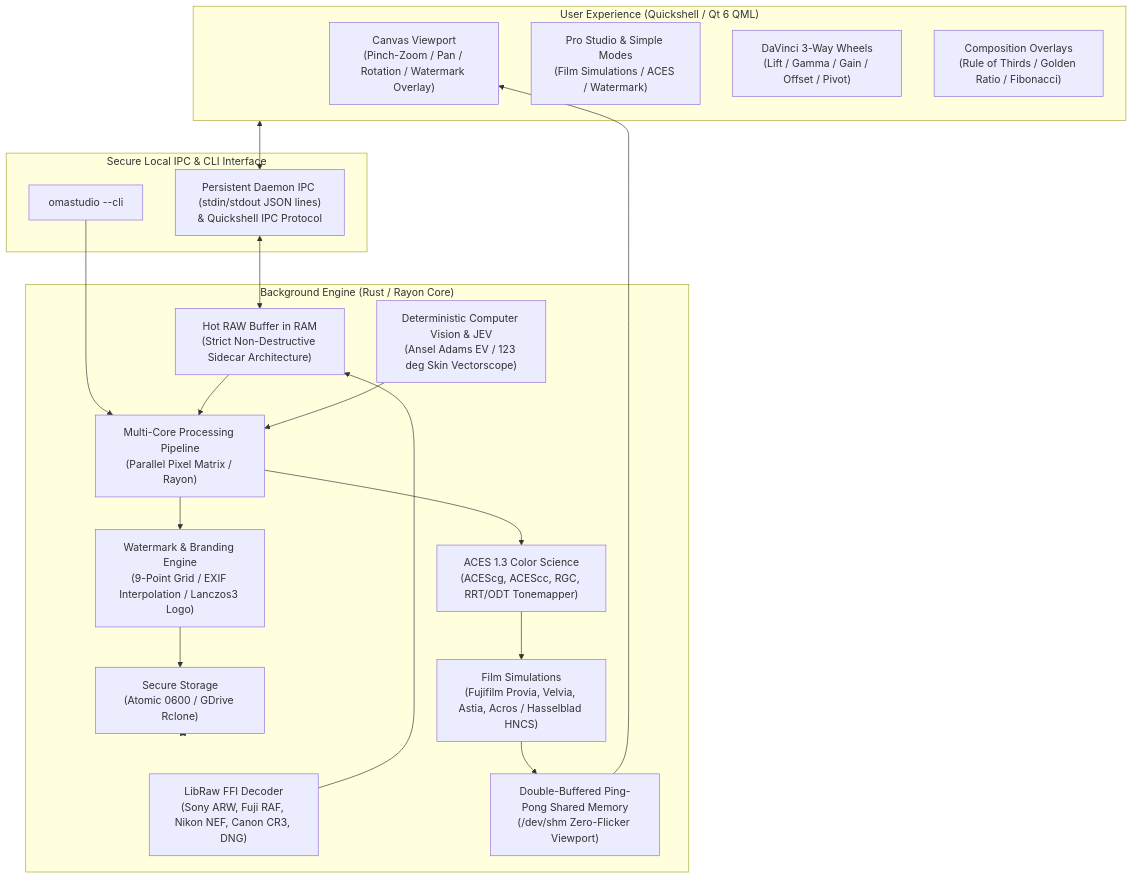
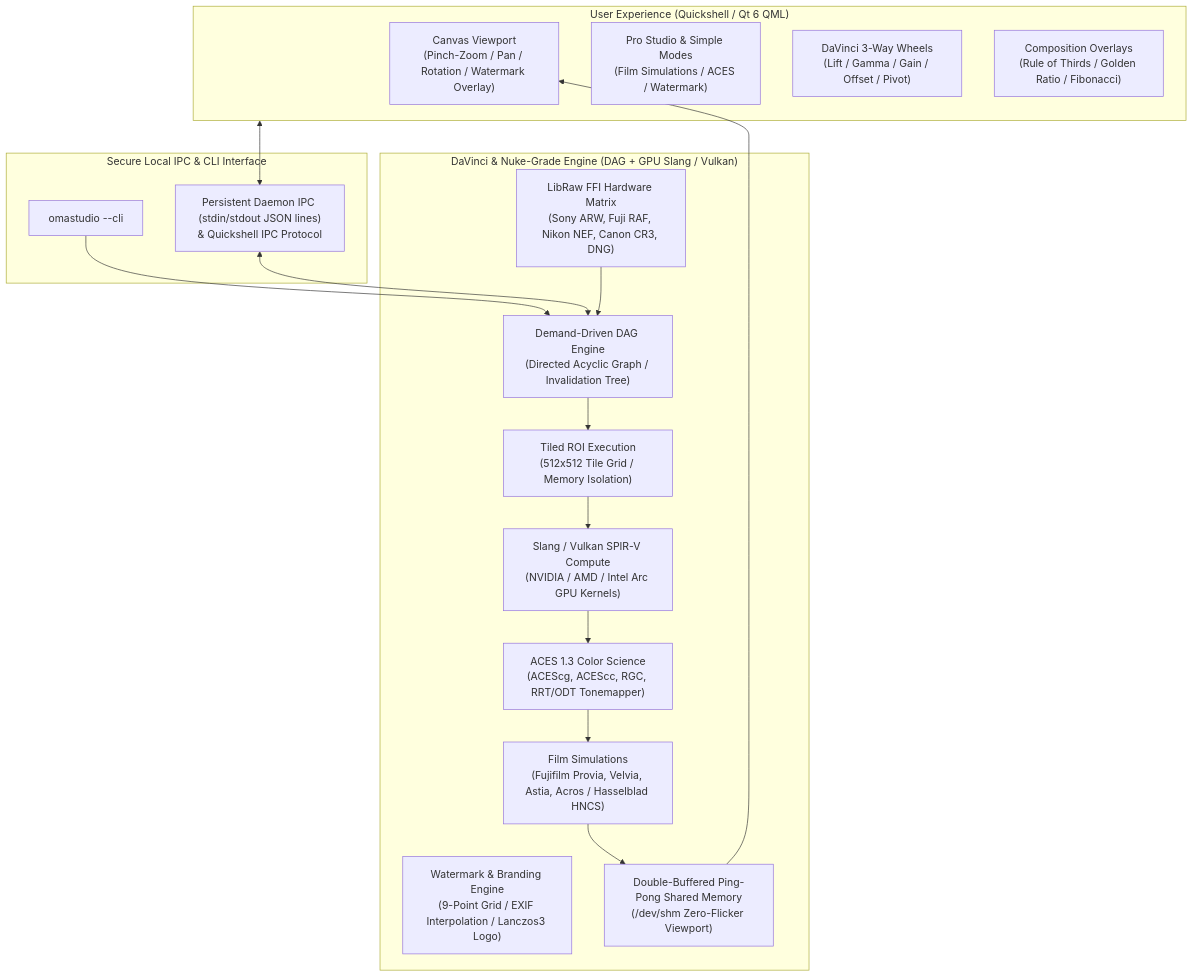
Before and after one commit to ozdil/omarchy-omastudio: the first of 2 diagrams in README.md, drawn with Mermaid. The commit also changed other lines of this file and 14 other files, not shown here.

First line of the commit message:
feat(arch): release OmaStudio v2.0.0 with DaVinci/Nuke-grade DAG, Tiled ROI & Slang/Vulkan GPU architecture

````diff
--- a/README.md
+++ b/README.md
@@ -27,40 +27,36 @@
 ```mermaid
 graph TD
     subgraph UI [" User Experience (Quickshell / Qt 6 QML)"]
         Viewport["Canvas Viewport<br/>(Pinch-Zoom / Pan / Rotation / Watermark Overlay)"]
         Inspector["Pro Studio & Simple Modes<br/>(Film Simulations / ACES / Watermark)"]
         Wheels["DaVinci 3-Way Wheels<br/>(Lift / Gamma / Gain / Offset / Pivot)"]
         CropTool["Composition Overlays<br/>(Rule of Thirds / Golden Ratio / Fibonacci)"]
     end
 
     subgraph IPC [" Secure Local IPC & CLI Interface"]
         CLI["omastudio --cli"]
         Sock["Persistent Daemon IPC (stdin/stdout JSON lines)<br/>& Quickshell IPC Protocol"]
     end
 
-    subgraph Engine [" Background Engine (Rust / Rayon Core)"]
-        Decoders["LibRaw FFI Decoder<br/>(Sony ARW, Fuji RAF, Nikon NEF, Canon CR3, DNG)"]
-        RAMCache["Hot RAW Buffer in RAM<br/>(Strict Non-Destructive Sidecar Architecture)"]
-        Pipeline["Multi-Core Processing Pipeline<br/>(Parallel Pixel Matrix / Rayon)"]
+    subgraph Engine [" DaVinci & Nuke-Grade Engine (DAG + GPU Slang / Vulkan)"]
+        DAGEngine["Demand-Driven DAG Engine<br/>(Directed Acyclic Graph / Invalidation Tree)"]
+        TiledEngine["Tiled ROI Execution<br/>(512x512 Tile Grid / Memory Isolation)"]
+        GPUCompute["Slang / Vulkan SPIR-V Compute<br/>(NVIDIA / AMD / Intel Arc GPU Kernels)"]
+        Decoders["LibRaw FFI Hardware Matrix<br/>(Sony ARW, Fuji RAF, Nikon NEF, Canon CR3, DNG)"]
         ACES["ACES 1.3 Color Science<br/>(ACEScg, ACEScc, RGC, RRT/ODT Tonemapper)"]
         FilmSim["Film Simulations<br/>(Fujifilm Provia, Velvia, Astia, Acros / Hasselblad HNCS)"]
         WatermarkEngine["Watermark & Branding Engine<br/>(9-Point Grid / EXIF Interpolation / Lanczos3 Logo)"]
         ShmPingPong["Double-Buffered Ping-Pong Shared Memory<br/>(/dev/shm Zero-Flicker Viewport)"]
-        AIEngine["Deterministic Computer Vision & JEV<br/>(Ansel Adams EV / 123 deg Skin Vectorscope)"]
-        Storage["Secure Storage<br/>(Atomic 0600 / GDrive Rclone)"]
     end
 
     UI <--> Sock
-    CLI --> Pipeline
-    Sock <--> RAMCache
-    Decoders --> RAMCache
-    RAMCache --> Pipeline
-    Pipeline --> ACES
+    CLI --> DAGEngine
+    Sock <--> DAGEngine
+    DAGEngine --> TiledEngine
+    TiledEngine --> GPUCompute
+    Decoders --> DAGEngine
+    GPUCompute --> ACES
     ACES --> FilmSim
     FilmSim --> ShmPingPong
     ShmPingPong --> Viewport
-    AIEngine --> Pipeline
-    Pipeline --> WatermarkEngine
-    WatermarkEngine --> Storage
-    Storage <--> Engine
 ```
````
